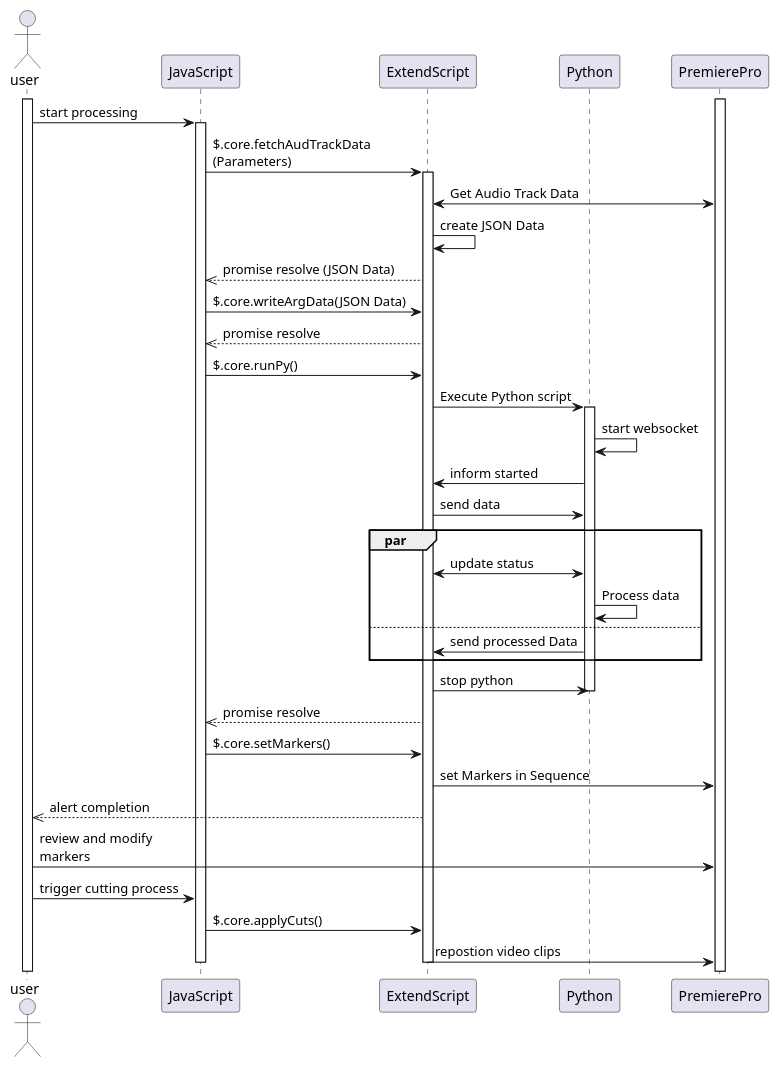
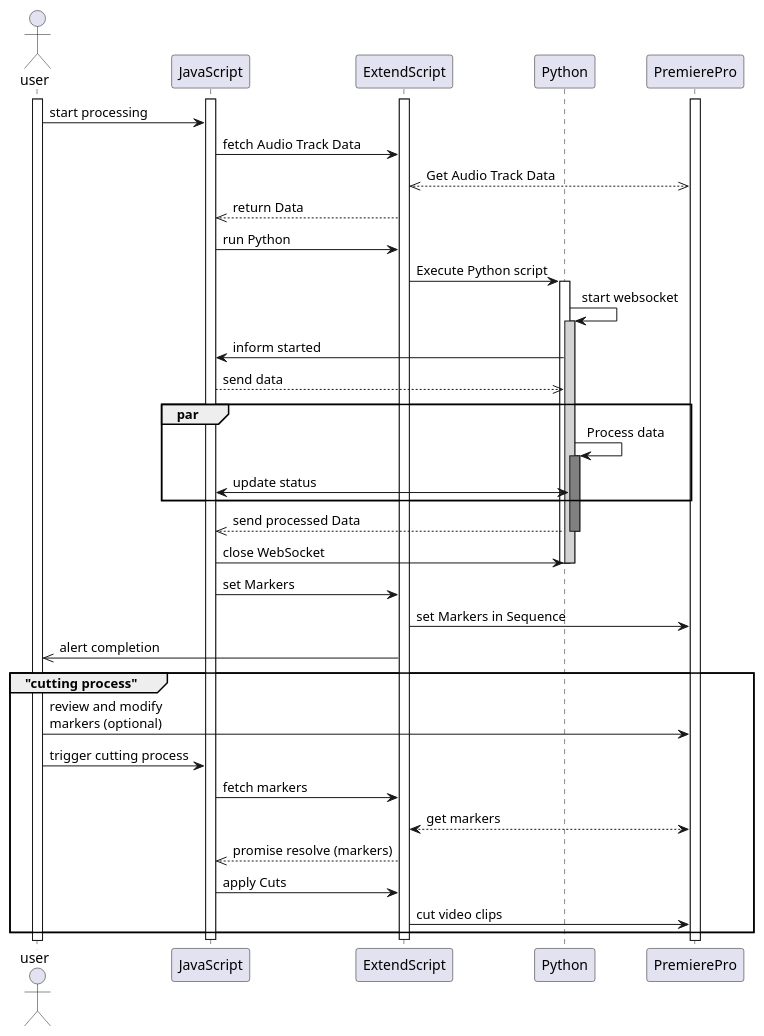
Before and after one commit to halatsWol/AdobePremierePro-SmartCut: the diagram in docs/diagrams/codeFlow.puml, drawn with PlantUML. The commit also changed 8 other files, not shown here.

Commit message:
code cleanup & diagrams

```diff
--- a/docs/diagrams/codeFlow.puml
+++ b/docs/diagrams/codeFlow.puml
@@ -1,56 +1,54 @@
 @startuml logical flow: Audio Analysis
 
 actor user
 participant JavaScript as js
 participant ExtendScript as es
 
 participant Python as py
 participant PremierePro as pp
 
 activate user
 activate pp
+activate js
+activate es
 
-user -> js: start processing
-activate js
-js -> es: $.core.fetchAudTrackData\n(Parameters)
-activate es
-es <-> pp: Get Audio Track Data
-es -> es: create JSON Data
-js <<-- es: promise resolve (JSON Data)
-js -> es: $.core.writeArgData(JSON Data)
+user -> js  : start processing
+js -> es  : fetch Audio Track Data
+es <<-->> pp: Get Audio Track Data
+js <<-- es: return Data
+js -> es: run Python
 
-js <<-- es: promise resolve
-js -> es: $.core.runPy()
 
-es -> py: Execute Python script
-activate py
-py -> py:start websocket
-es <- py: inform started
-es -> py: send data
+es -> py ++ : Execute Python script
+py -> py ++ #LightGray :start websocket
+js <- py: inform started
+js -->> py: send data
 par
-    es <-> py: update status
-    py -> py: Process data
-else
-    py -> es: send processed Data
+    py -> py ++ #Gray: Process data
+    js <-> py : update status
 end
-es -> py: stop python
+py -->> js --: send processed Data
+js -> py: close WebSocket
+deactivate py
 deactivate py
 
-js <<-- es: promise resolve
-js -> es: $.core.setMarkers()
 
+js -> es: set Markers
 es -> pp: set Markers in Sequence
-user <<-- es: alert completion
-box "cutting process" #LightBlue
-    user -> pp: review and modify\nmarkers
+user <<- es: alert completion
+group "cutting process"
+    user -> pp: review and modify\nmarkers (optional)
     user -> js: trigger cutting process
-    js -> es: $.core.applyCuts()
-    es -> pp: repostion video clips
-end box
+    js ->es: fetch markers
+    es <--> pp: get markers
+    js <<-- es: promise resolve (markers)
+    js -> es:  apply Cuts
+    es -> pp: cut video clips
+end
 
 
 deactivate js
 deactivate es
 
 
 @enduml
```
